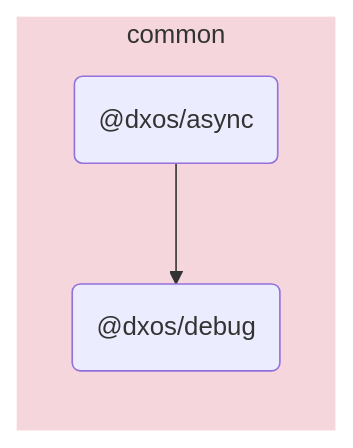
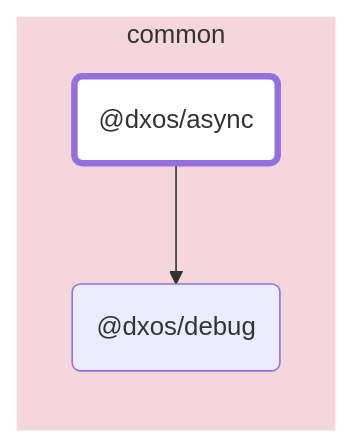
Before and after one commit to dxos/dxos: the diagram in packages/common/async/docs/README.md, drawn with Mermaid. The commit also changed other lines of this file and 88 other files, not shown here.

````diff
--- a/packages/common/async/docs/README.md
+++ b/packages/common/async/docs/README.md
@@ -5,11 +7,15 @@
 ```mermaid
 flowchart LR;
+
+style dxos/async fill:#fff,stroke-width:4px;
+
+click dxos/debug "https:/github.com/dxos/dxos/tree/main/packages/common/debug/docs";
 
 subgraph common
   style common fill:#f5d6dd,stroke:#fff;
   dxos/async("@dxos/async");
   dxos/debug("@dxos/debug");
 end
 
 dxos/async --> dxos/debug;
 ```
````
